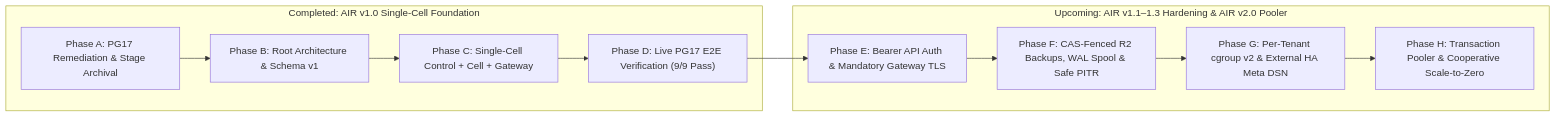
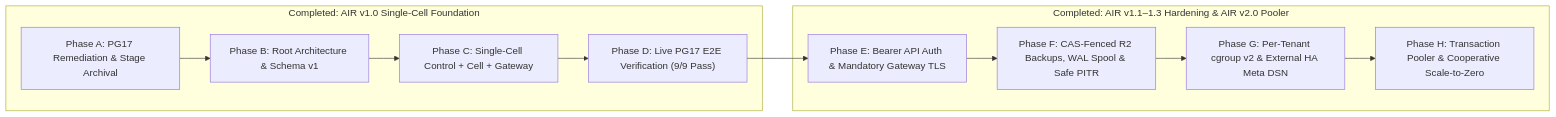
Before and after one commit to Mahadi-rsio/air: the diagram in phase.md, drawn with Mermaid. The commit also changed other lines of this file and 8 other files, not shown here.

Commit message:
feat(phase-h): transaction-mode wire pooler and cooperative scale-to-zero (AIR v2.0)

````diff
--- a/phase.md
+++ b/phase.md
@@ -9,17 +9,17 @@
 ```mermaid
 flowchart LR
     subgraph Completed["Completed: AIR v1.0 Single-Cell Foundation"]
         PA["Phase A: PG17 Remediation & Stage Archival"] --> PB["Phase B: Root Architecture & Schema v1"]
         PB --> PC["Phase C: Single-Cell Control + Cell + Gateway"]
         PC --> PD["Phase D: Live PG17 E2E Verification (9/9 Pass)"]
     end
 
-    subgraph Next["Upcoming: AIR v1.1–1.3 Hardening & AIR v2.0 Pooler"]
+    subgraph Next["Completed: AIR v1.1–1.3 Hardening & AIR v2.0 Pooler"]
         PE["Phase E: Bearer API Auth & Mandatory Gateway TLS"]
         PF["Phase F: CAS-Fenced R2 Backups, WAL Spool & Safe PITR"]
         PG["Phase G: Per-Tenant cgroup v2 & External HA Meta DSN"]
         PH["Phase H: Transaction Pooler & Cooperative Scale-to-Zero"]
     end
 
     PD --> PE --> PF --> PG --> PH
 ```
````
